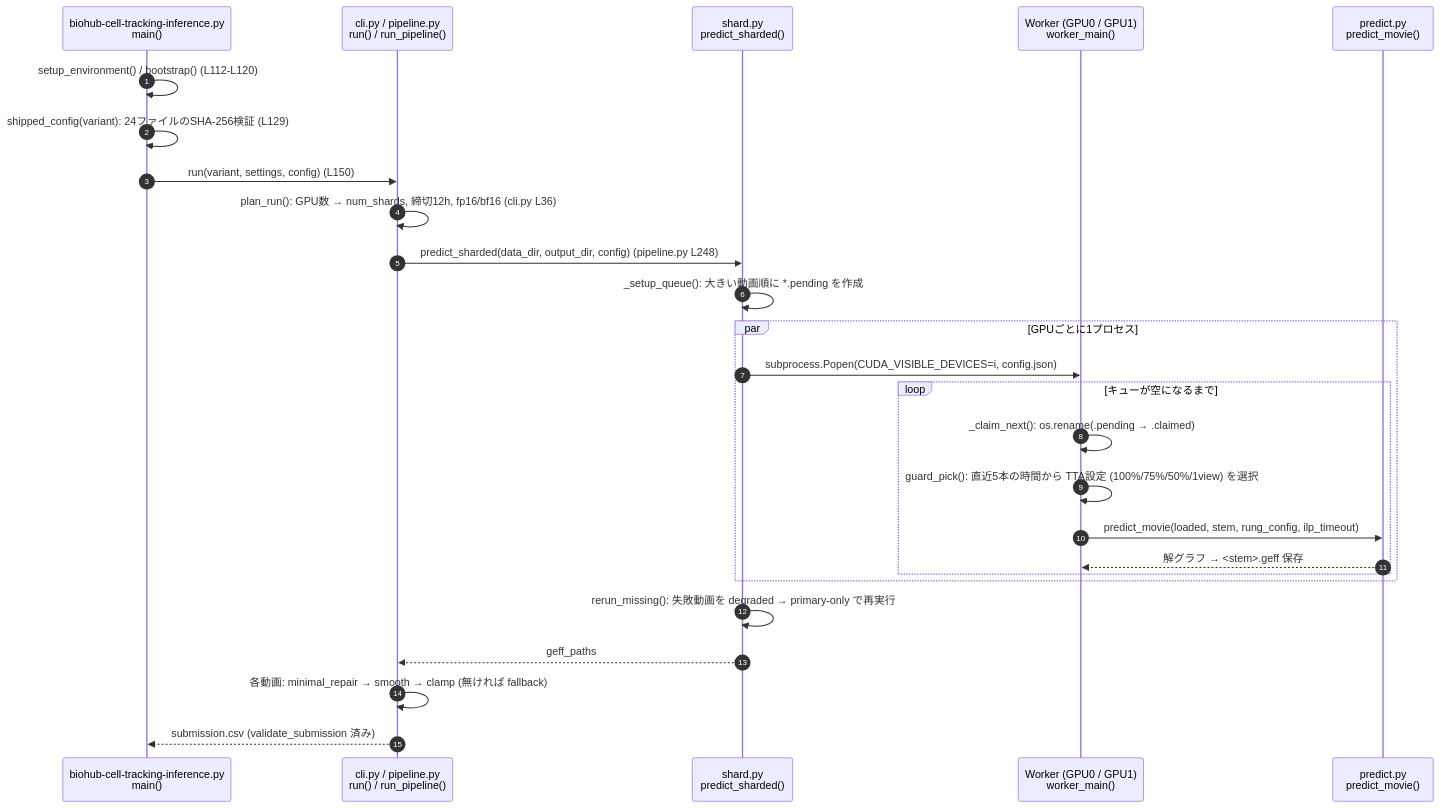
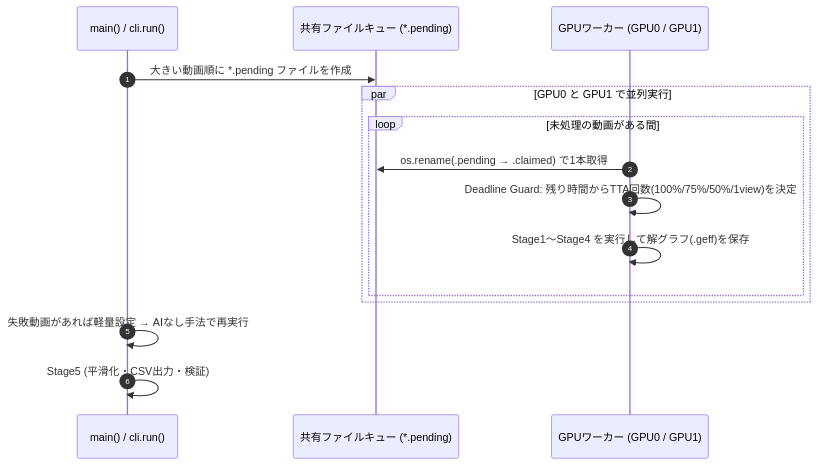
One commit to kito2718/kgle_001_BCT_Episode changed the fourth of 7 diagrams in episode/Summary&Conclusion/6th-place-summary.md. Above: the diagram before and after it, drawn with Mermaid. The commit also changed other lines of this file, not shown here.

````diff
--- a/episode/Summary&Conclusion/6th-place-summary.md
+++ b/episode/Summary&Conclusion/6th-place-summary.md
@@ -316,29 +173,17 @@
 ```mermaid
 sequenceDiagram
     autonumber
-    participant Main as biohub-cell-tracking-inference.py<br/>main()
-    participant CLI as cli.py / pipeline.py<br/>run() / run_pipeline()
-    participant Shard as shard.py<br/>predict_sharded()
-    participant Worker as Worker (GPU0 / GPU1)<br/>worker_main()
-    participant Pred as predict.py<br/>predict_movie()
-
-    Main->>Main: setup_environment() / bootstrap() (L112-L120)
-    Main->>Main: shipped_config(variant): 24ファイルのSHA-256検証 (L129)
-    Main->>CLI: run(variant, settings, config) (L150)
-    CLI->>CLI: plan_run(): GPU数 → num_shards, 締切12h, fp16/bf16 (cli.py L36)
-    CLI->>Shard: predict_sharded(data_dir, output_dir, config) (pipeline.py L248)
-    Shard->>Shard: _setup_queue(): 大きい動画順に *.pending を作成
-    par GPUごとに1プロセス
-        Shard->>Worker: subprocess.Popen(CUDA_VISIBLE_DEVICES=i, config.json)
-        loop キューが空になるまで
-            Worker->>Worker: _claim_next(): os.rename(.pending → .claimed)
-            Worker->>Worker: guard_pick(): 直近5本の時間から TTA設定 (100%/75%/50%/1view) を選択
-            Worker->>Pred: predict_movie(loaded, stem, rung_config, ilp_timeout)
-            Pred-->>Worker: 解グラフ → <stem>.geff 保存
+    participant Main as main() / cli.run()
+    participant Queue as 共有ファイルキュー (*.pending)
+    participant W as GPUワーカー (GPU0 / GPU1)
+    Main->>Queue: 大きい動画順に *.pending ファイルを作成
+    par GPU0 と GPU1 で並列実行
+        loop 未処理の動画がある間
+            W->>Queue: os.rename(.pending → .claimed) で1本取得
+            W->>W: Deadline Guard: 残り時間からTTA回数(100%/75%/50%/1view)を決定
+            W->>W: Stage1〜Stage4 を実行して解グラフ(.geff)を保存
         end
     end
-    Shard->>Shard: rerun_missing(): 失敗動画を degraded → primary-only で再実行
-    Shard-->>CLI: geff_paths
-    CLI->>CLI: 各動画: minimal_repair → smooth → clamp (無ければ fallback)
-    CLI-->>Main: submission.csv (validate_submission 済み)
+    Main->>Main: 失敗動画があれば軽量設定 → AIなし手法で再実行
+    Main->>Main: Stage5 (平滑化・CSV出力・検証)
 ```
````
